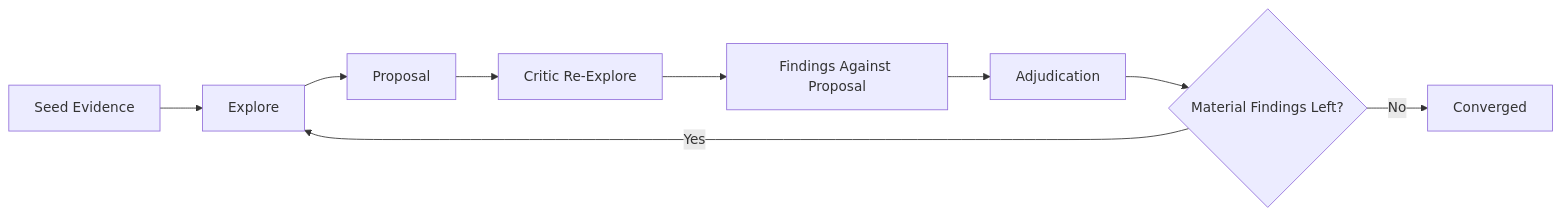
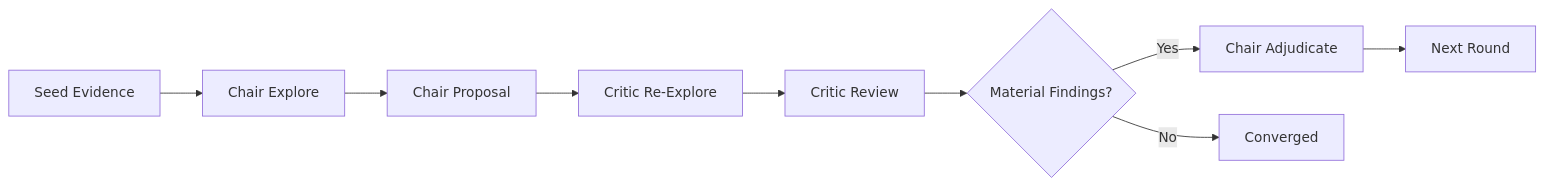
The first of 2 diagrams in README.md (yansircc/roundtable-kernel), drawn with Mermaid before and after one commit. The commit also changed other lines of this file and 11 other files, not shown here.

````diff
--- a/README.md
+++ b/README.md
@@ -7,11 +9,11 @@
 ```mermaid
 flowchart LR
-    A["Seed Evidence"] --> B["Explore"]
-    B --> C["Proposal"]
+    A["Seed Evidence"] --> B["Chair Explore"]
+    B --> C["Chair Proposal"]
     C --> D["Critic Re-Explore"]
-    D --> E["Findings Against Proposal"]
-    E --> F["Adjudication"]
-    F --> G{"Material Findings Left?"}
-    G -- "Yes" --> B
-    G -- "No" --> H["Converged"]
+    D --> E["Critic Review"]
+    E --> F{"Material Findings?"}
+    F -- "Yes" --> G["Chair Adjudicate"]
+    G --> H["Next Round"]
+    F -- "No" --> I["Converged"]
 ```
````
